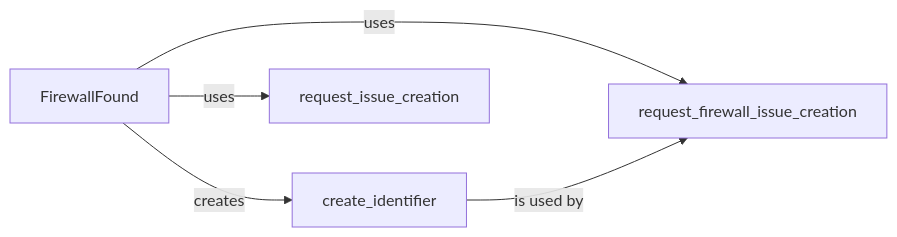
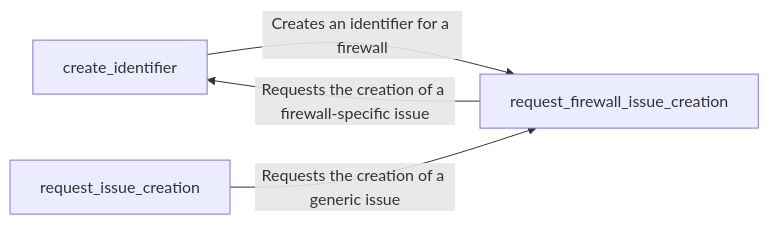
The diagram in WhatWaf/Firewall Identifier.md (CodeBoarding/GeneratedOnBoardings), drawn with Mermaid before and after one commit. The commit also changed other lines of this file and 12 other files, not shown here.

````diff
--- a/WhatWaf/Firewall Identifier.md
+++ b/WhatWaf/Firewall Identifier.md
@@ -1,11 +1,9 @@
 ```mermaid
 graph LR
-    FirewallFound["FirewallFound"]
     create_identifier["create_identifier"]
     request_issue_creation["request_issue_creation"]
     request_firewall_issue_creation["request_firewall_issue_creation"]
-    FirewallFound -- "creates" --> create_identifier
-    FirewallFound -- "uses" --> request_issue_creation
-    FirewallFound -- "uses" --> request_firewall_issue_creation
-    create_identifier -- "is used by" --> request_firewall_issue_creation
+    create_identifier -- "Creates an identifier for a firewall" --> request_firewall_issue_creation
+    request_issue_creation -- "Requests the creation of a generic issue" --> request_firewall_issue_creation
+    request_firewall_issue_creation -- "Requests the creation of a firewall-specific issue" --> create_identifier
 ```
````
